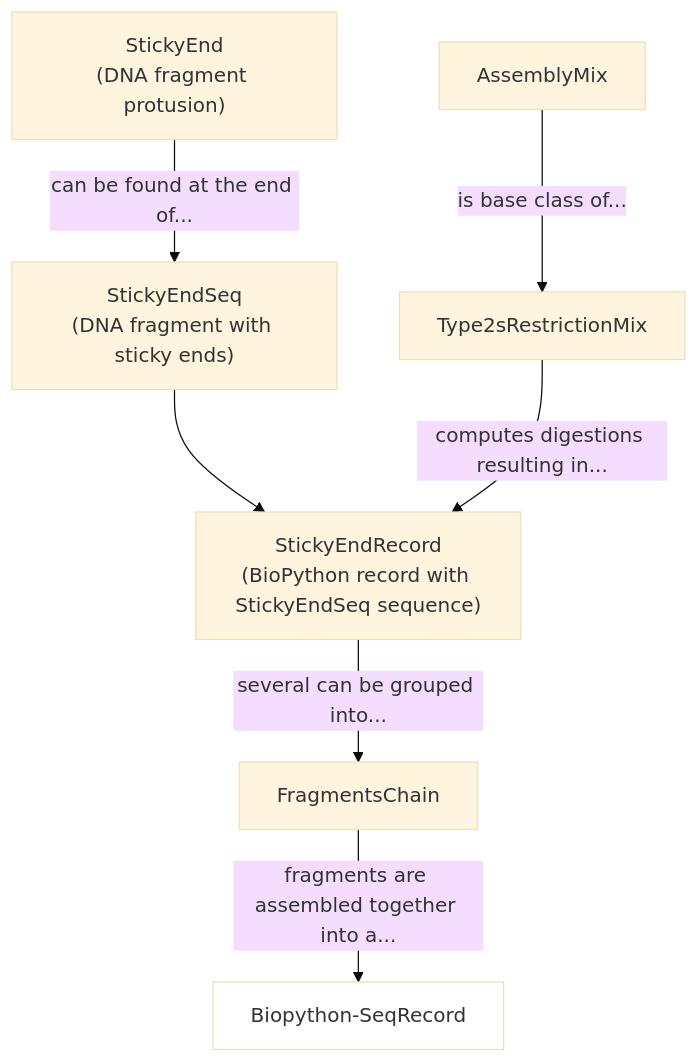
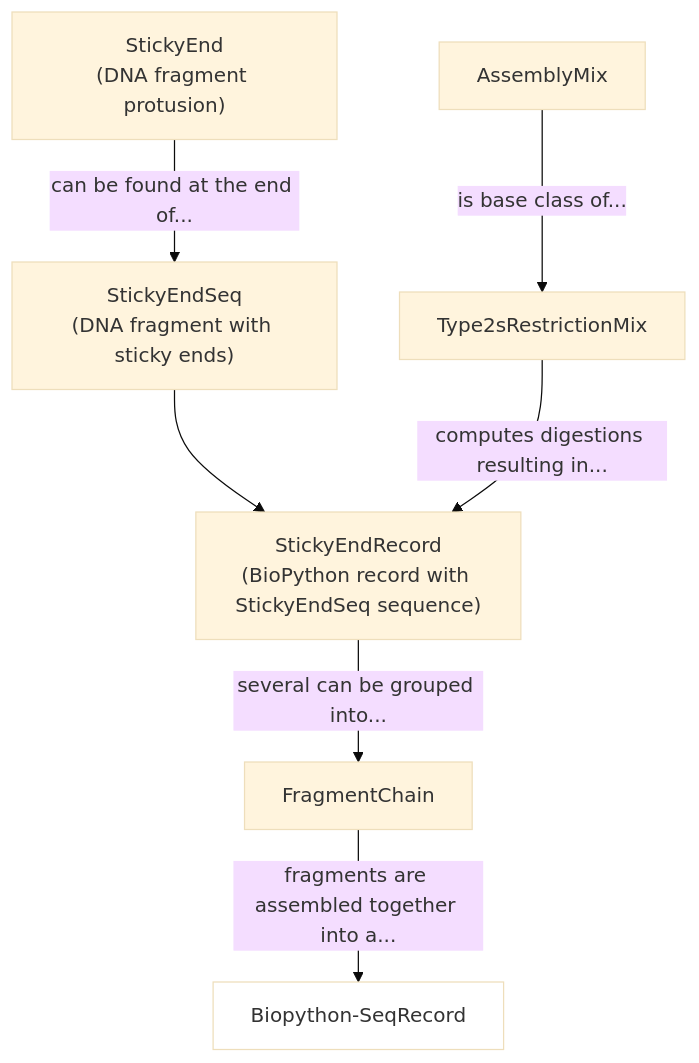
Before and after one commit to Edinburgh-Genome-Foundry/DnaCauldron: the diagram in docs/ref.rst, drawn with Mermaid (base theme). The commit also changed other lines of this file and 91 other files, not shown here.

```diff
--- a/docs/ref.rst
+++ b/docs/ref.rst
@@ -8,16 +8,16 @@
 .. mermaid::
    :align: center
 
     graph TD;
         StickyEnd["StickyEnd<br/>(DNA fragment protusion)"]
         StickyEndSeq["StickyEndSeq<br/>(DNA fragment with sticky ends)"]
         StickyEndRecord["StickyEndRecord<br/>(BioPython record with StickyEndSeq sequence)"]
         AssemblyMix
         Type2sRestrictionMix
         StickyEnd-->|can be found at the end of...| StickyEndSeq;
         StickyEndSeq-->StickyEndRecord;
-        StickyEndRecord -->|several can be grouped into...| FragmentsChain
+        StickyEndRecord -->|several can be grouped into...| FragmentChain
         AssemblyMix  --> |is base class of...| Type2sRestrictionMix
         Type2sRestrictionMix -->|computes digestions resulting in...| StickyEndRecord
-        FragmentsChain --> |fragments are assembled together into a...| Biopython-SeqRecord
+        FragmentChain --> |fragments are assembled together into a...| Biopython-SeqRecord
         style Biopython-SeqRecord fill:#fff;
```
